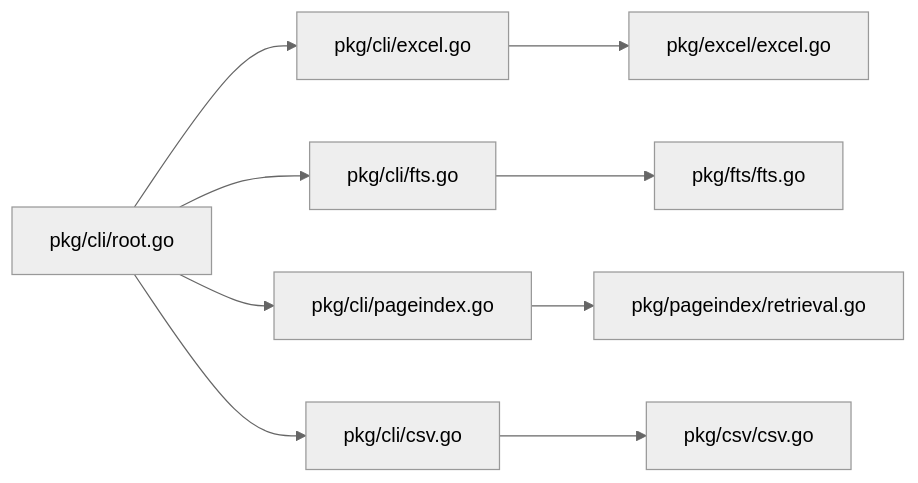
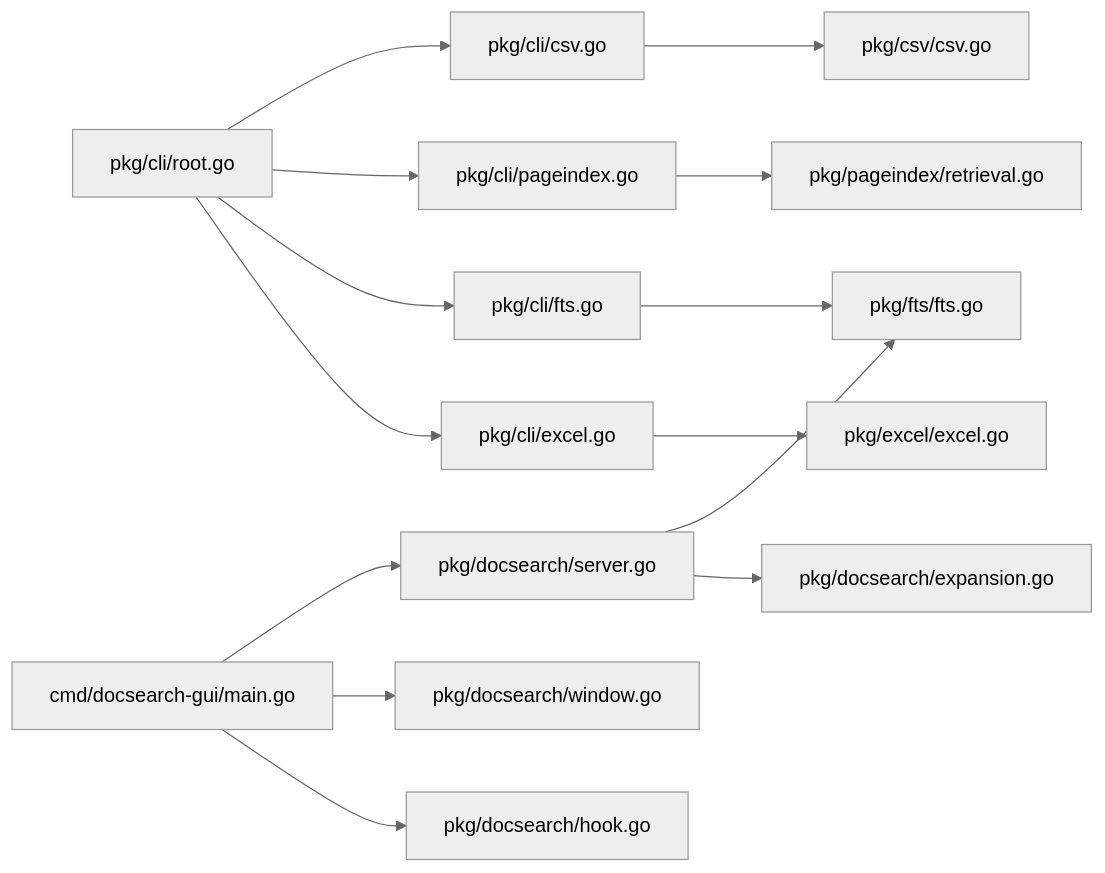
One commit to snaga/doctools-cli changed the fifth of 5 diagrams in doc/design.md. Above: the diagram before and after it, drawn with Mermaid (neutral theme). The commit also changed other lines of this file and 4 other files, not shown here.

First line of the commit message:
docs: add specs and steering for desktop search gui (docsearch-gui)

````diff
--- a/doc/design.md
+++ b/doc/design.md
@@ -441,12 +526,18 @@
 ```mermaid
 graph LR
     RootCmd["pkg/cli/root.go"] --> ExcelCmd["pkg/cli/excel.go"]
     RootCmd --> FTSCmd["pkg/cli/fts.go"]
     RootCmd --> PICmd["pkg/cli/pageindex.go"]
     RootCmd --> CSVCmd["pkg/cli/csv.go"]
     
     ExcelCmd --> ExcelSvc["pkg/excel/excel.go"]
     FTSCmd --> FTSSvc["pkg/fts/fts.go"]
     PICmd --> PISvc["pkg/pageindex/retrieval.go"]
     CSVCmd --> CSVSvc["pkg/csv/csv.go"]
+
+    DocSearchCmd["cmd/docsearch-gui/main.go"] --> DocSearchHook["pkg/docsearch/hook.go"]
+    DocSearchCmd --> DocSearchWin["pkg/docsearch/window.go"]
+    DocSearchCmd --> DocSearchSrv["pkg/docsearch/server.go"]
+    DocSearchSrv --> DocSearchExp["pkg/docsearch/expansion.go"]
+    DocSearchSrv --> FTSSvc
 ```
````
